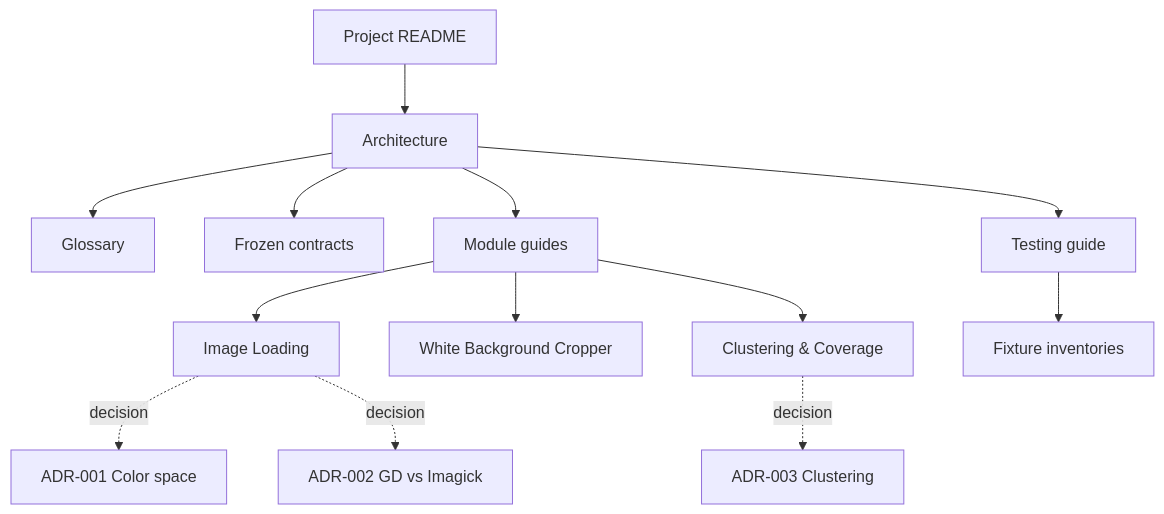
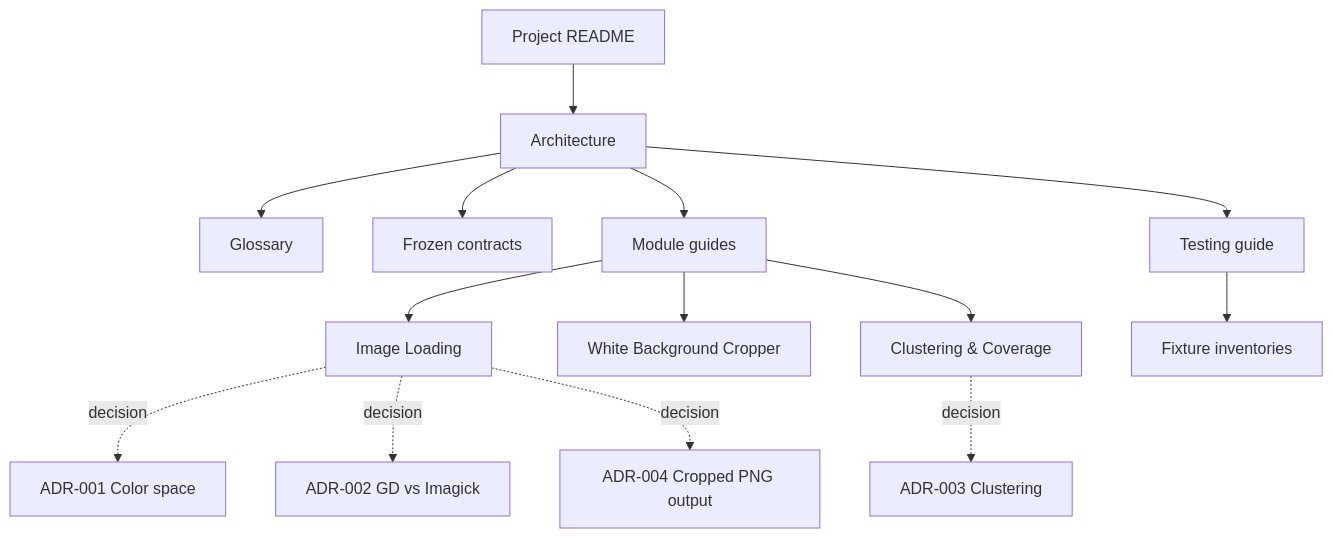
The diagram in docs/README.md (Teodor-Todorov1/php_demo), drawn with Mermaid before and after one commit. The commit also changed other lines of this file and 21 other files, not shown here.

Commit message:
feat(api): return cropped PNG with analysis JSON

````diff
--- a/docs/README.md
+++ b/docs/README.md
@@ -58,15 +59,16 @@
 ```mermaid
 flowchart TD
     RM[Project README] --> ARCH[Architecture]
     ARCH --> GLOSS[Glossary]
     ARCH --> CONTRACTS[Frozen contracts]
     ARCH --> MODS[Module guides]
     MODS --> IL[Image Loading]
     MODS --> CROP[White Background Cropper]
     MODS --> CLUST[Clustering & Coverage]
     IL -.decision.-> ADR1[ADR-001 Color space]
     IL -.decision.-> ADR2[ADR-002 GD vs Imagick]
     CLUST -.decision.-> ADR3[ADR-003 Clustering]
+    IL -.decision.-> ADR4[ADR-004 Cropped PNG output]
     ARCH --> TEST[Testing guide]
     TEST --> FIX[Fixture inventories]
 ```
````
